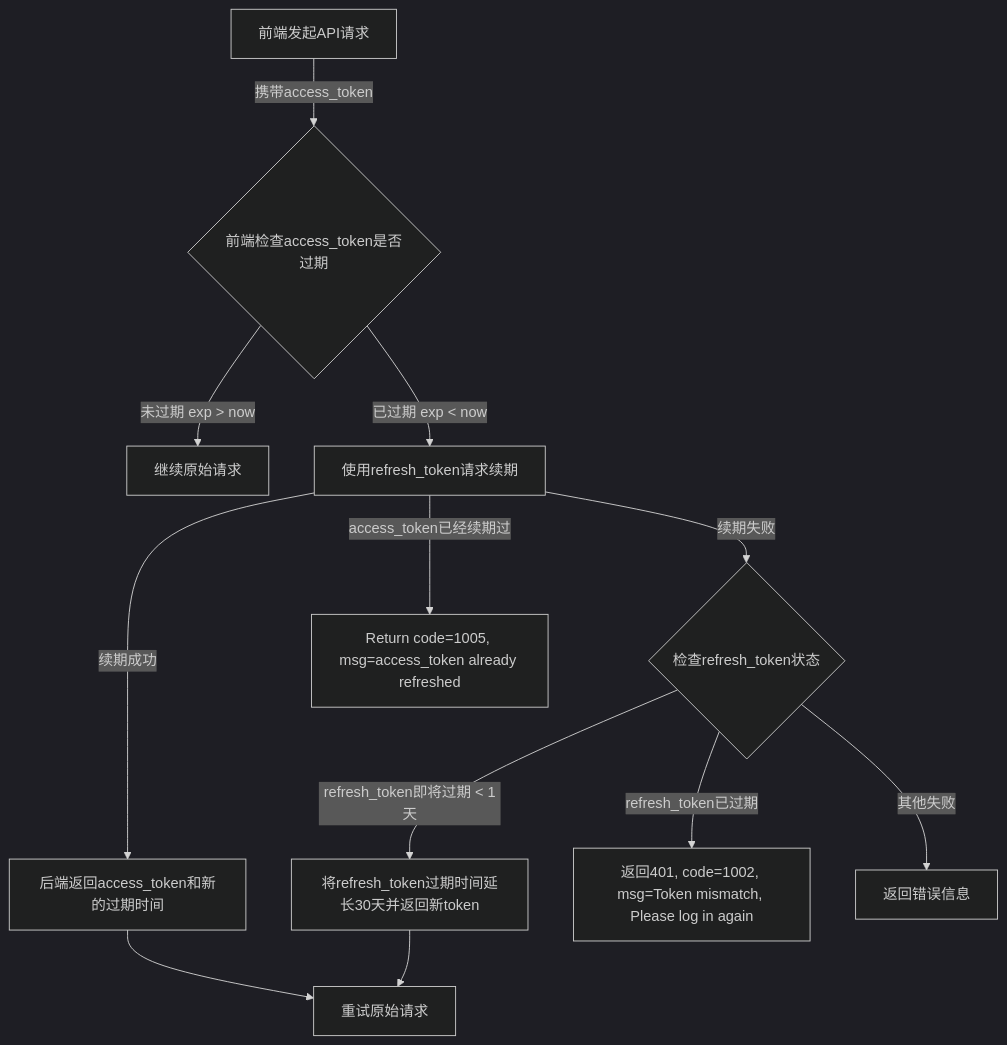
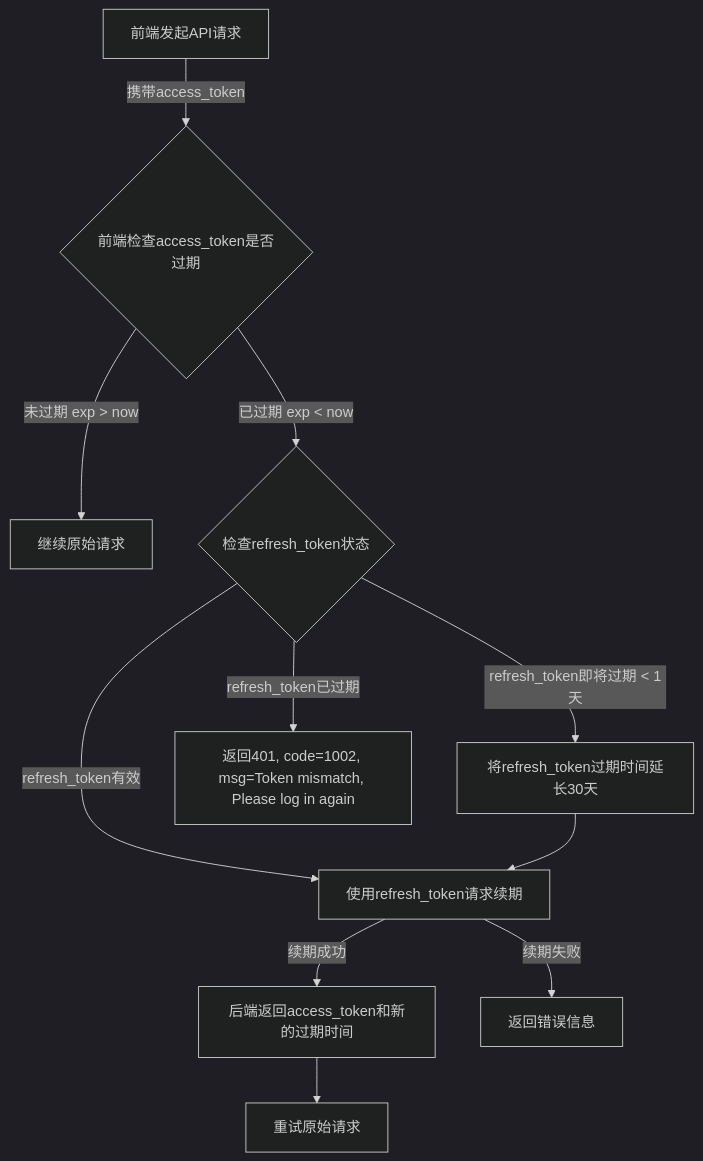
Before and after one commit to yingjianzh/iodraw-files: the diagram in all/openAPI-17.md, drawn with Mermaid (dark theme).

Commit message:
2025-01-08 18:09:36 update

````diff
--- a/all/openAPI-17.md
+++ b/all/openAPI-17.md
@@ -1,15 +1,14 @@
 ```mermaid
 flowchart TD
     A[前端发起API请求] -->|携带access_token| B{前端检查access_token是否过期}
     B -->|未过期 exp > now| C[继续原始请求]
-    B -->|已过期 exp < now| D[使用refresh_token请求续期]
-    D -->|续期成功| E[后端返回access_token和新的过期时间]
-    D -->|续期失败| F{检查refresh_token状态}
-    F -->|refresh_token即将过期 < 1天| G[将refresh_token过期时间延长30天并返回新token]
-    F -->|refresh_token已过期| H[返回401, code=1002, msg=Token mismatch, Please log in again]
-    F -->|其他失败| I[返回错误信息]
-    E --> J[重试原始请求]
-    G --> J[重试原始请求]
-    D -->|access_token已经续期过| K[Return code=1005, msg=access_token already refreshed]
+    B -->|已过期 exp < now| D{检查refresh_token状态}
+    D -->|refresh_token即将过期 < 1天| E[将refresh_token过期时间延长30天]
+    D -->|refresh_token已过期| F[返回401, code=1002, msg=Token mismatch, Please log in again]
+    D -->|refresh_token有效| G[使用refresh_token请求续期]
+    G -->|续期成功| H[后端返回access_token和新的过期时间]
+    G -->|续期失败| I[返回错误信息]
+    H --> J[重试原始请求]
+    E --> G
 
 ```
````
